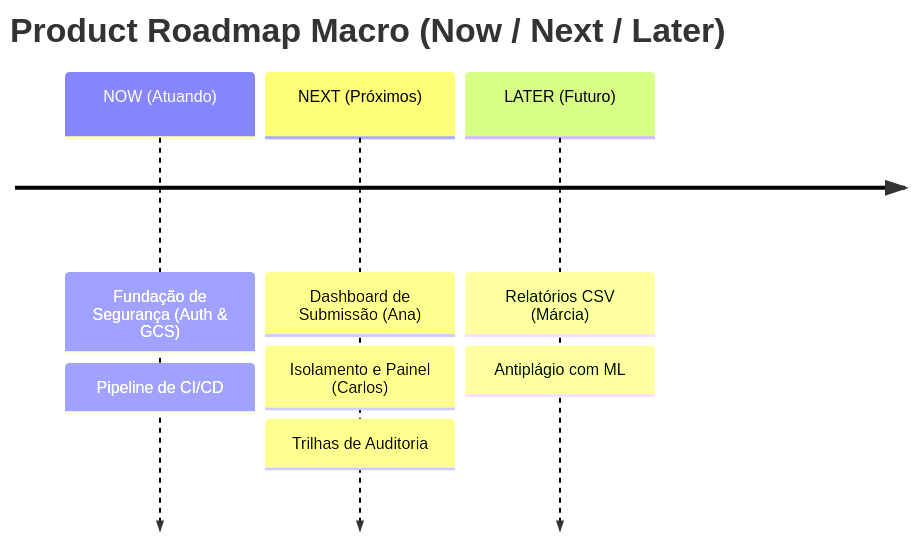
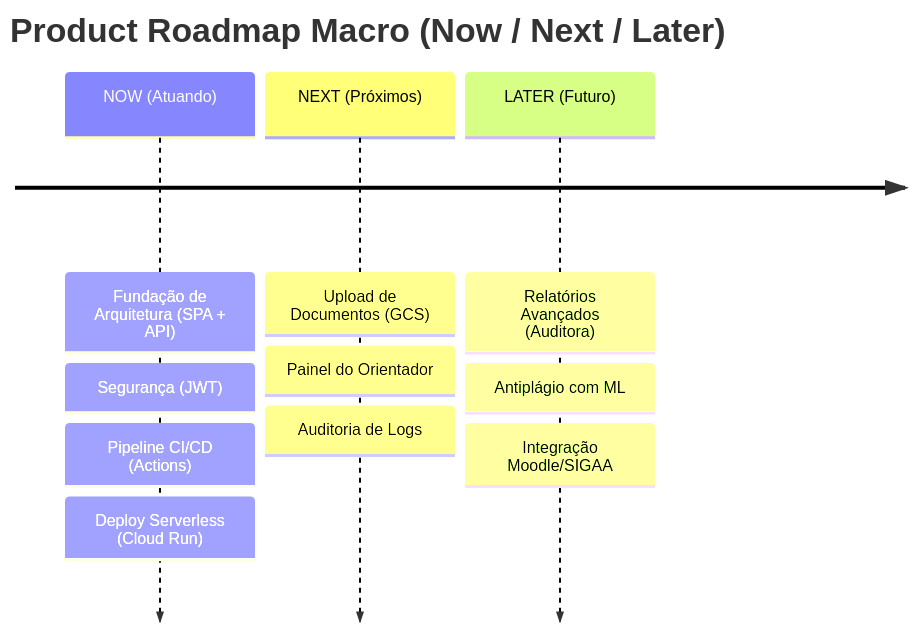
One commit to pedrohpsantos/EdTech changed the diagram in docs/planejamento/roadmap.md. Above: the diagram before and after it, drawn with Mermaid. The commit also changed other lines of this file and 23 other files, not shown here.

Commit message:
docs: initialize project documentation including ADRs, architecture models, and agile planning artifacts.

````diff
--- a/docs/planejamento/roadmap.md
+++ b/docs/planejamento/roadmap.md
@@ -8,7 +7,7 @@
 ```mermaid
 timeline
     title Product Roadmap Macro (Now / Next / Later)
-    NOW (Atuando) : Fundação de Segurança (Auth & GCS) : Pipeline de CI/CD
-    NEXT (Próximos) : Dashboard de Submissão (Ana) : Isolamento e Painel (Carlos) : Trilhas de Auditoria
-    LATER (Futuro) : Relatórios CSV (Márcia) : Antiplágio com ML
+    NOW (Atuando) : Fundação de Arquitetura (SPA + API) : Segurança (JWT) : Pipeline CI/CD (Actions) : Deploy Serverless (Cloud Run)
+    NEXT (Próximos) : Upload de Documentos (GCS) : Painel do Orientador : Auditoria de Logs
+    LATER (Futuro) : Relatórios Avançados (Auditora) : Antiplágio com ML : Integração Moodle/SIGAA
 ```
````
